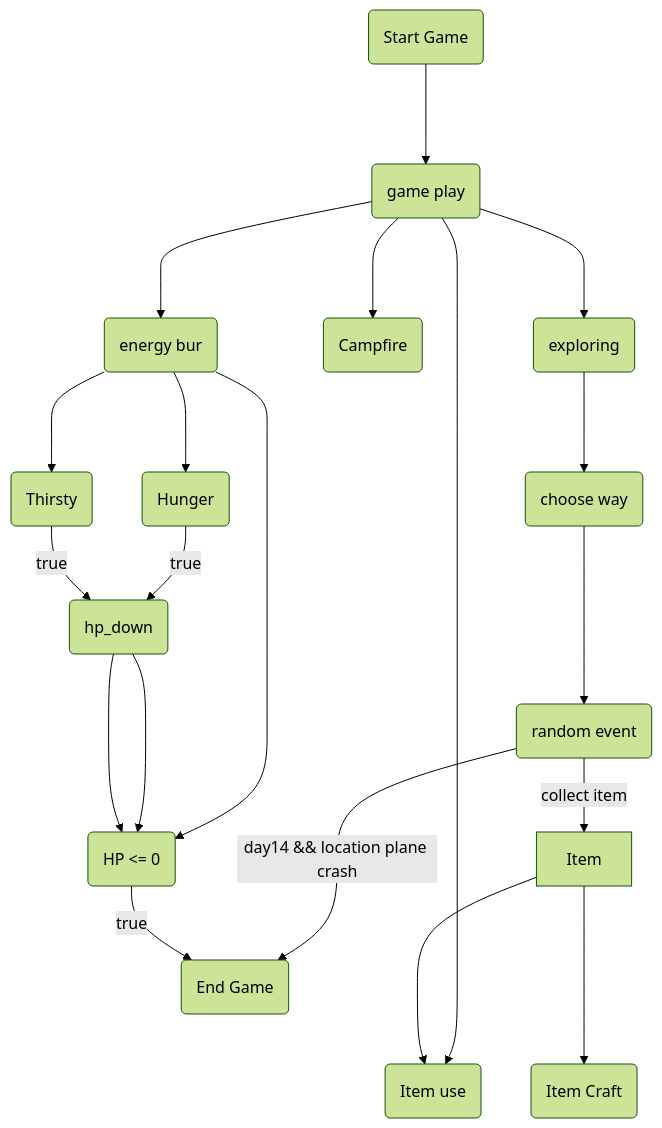
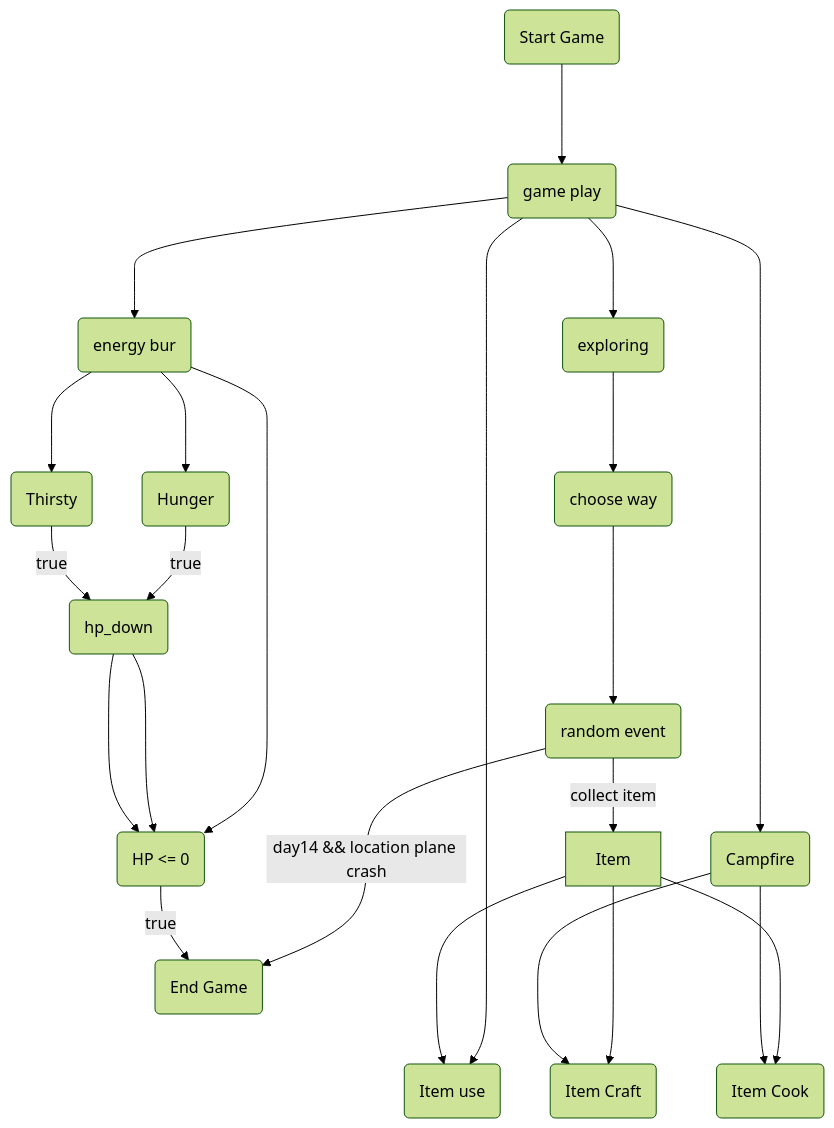
Before and after one commit to SSProgamer/C-Project: the diagram in need me.md, drawn with Mermaid (forest theme).

Commit message:
Update need me.md

````diff
--- a/need me.md
+++ b/need me.md
@@ -35,15 +35,18 @@
 ```mermaid
 flowchart TD
 start(Start Game) ---> ingame(game play)
 ingame ---> explore(exploring) ---> way(choose way) ---> event(random event)
 event --day14 && location plane crash--> e(End Game)
 event(random event) --collect item--> Item
 ingame ---> Itemuse(Item use)
 Item ---> Itemuse
 Item ---> Itemcraft(Item Craft)
+Item ---> Itemcook(Item Cook)
 ingame ---> campfire(Campfire)
+campfire(Campfire) ---> Itemcraft(Item Craft)
+campfire(Campfire) ---> Itemcook(Item Cook)
 ingame ---> stack(energy bur) --->hp
 stack(energy bur) --->Hunger(Hunger) --true--> hp_down(hp_down) ---> hp
 stack(energy bur) --->Thirsty(Thirsty) --true--> hp_down(hp_down) ---> hp
 hp(HP <= 0) --true--> e(End Game)
 ```
````
